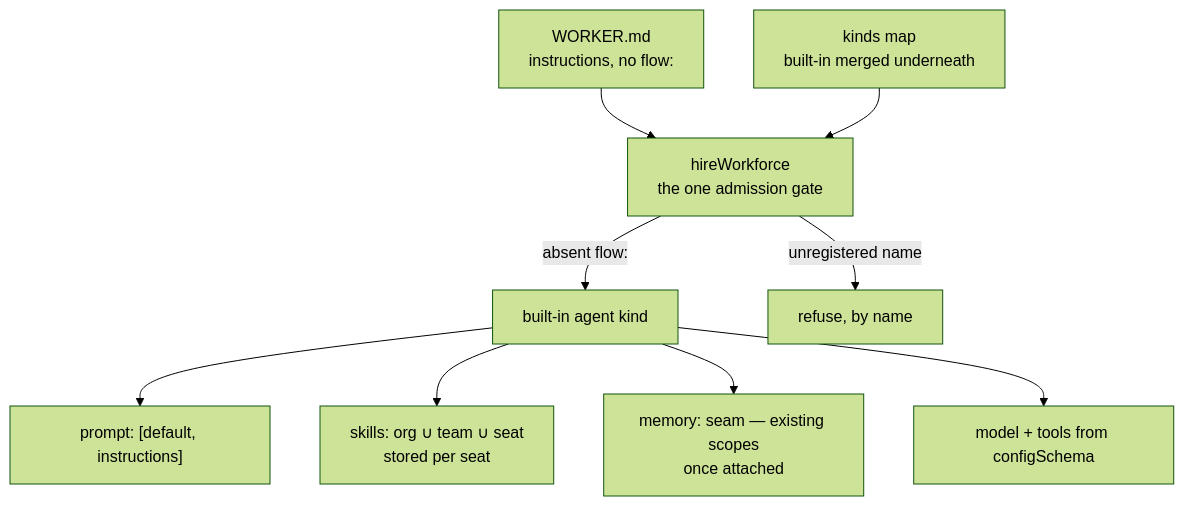
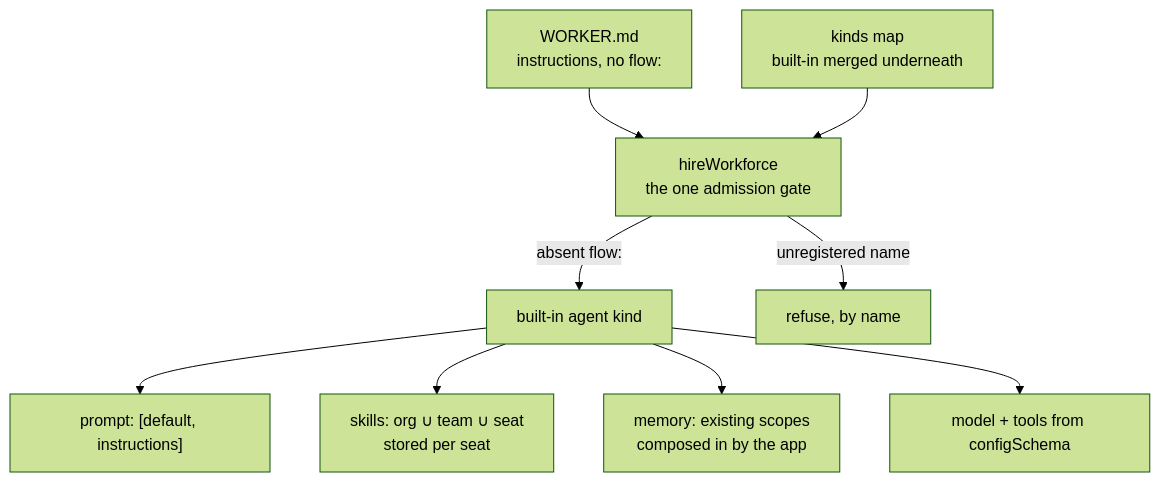
One commit to fixpoint-labs/flow-state-dev changed the diagram in docs/architecture/workforce-agent-kind.md. Above: the diagram before and after it, drawn with Mermaid (forest theme). The commit also changed other lines of this file, not shown here.

````diff
--- a/docs/architecture/workforce-agent-kind.md
+++ b/docs/architecture/workforce-agent-kind.md
@@ -33,11 +40,11 @@
 ```mermaid
 flowchart TD
   W["WORKER.md<br/>instructions, no flow:"] --> H[hireWorkforce<br/>the one admission gate]
   K["kinds map<br/>built-in merged underneath"] --> H
   H -->|absent flow:| A[built-in agent kind]
   H -->|unregistered name| X[refuse, by name]
   A --> P["prompt: [default, instructions]"]
   A --> S["skills: org ∪ team ∪ seat<br/>stored per seat"]
-  A --> M["memory: seam — existing scopes<br/>once attached"]
+  A --> M["memory: existing scopes<br/>composed in by the app"]
   A --> T[model + tools from configSchema]
 ```
````
